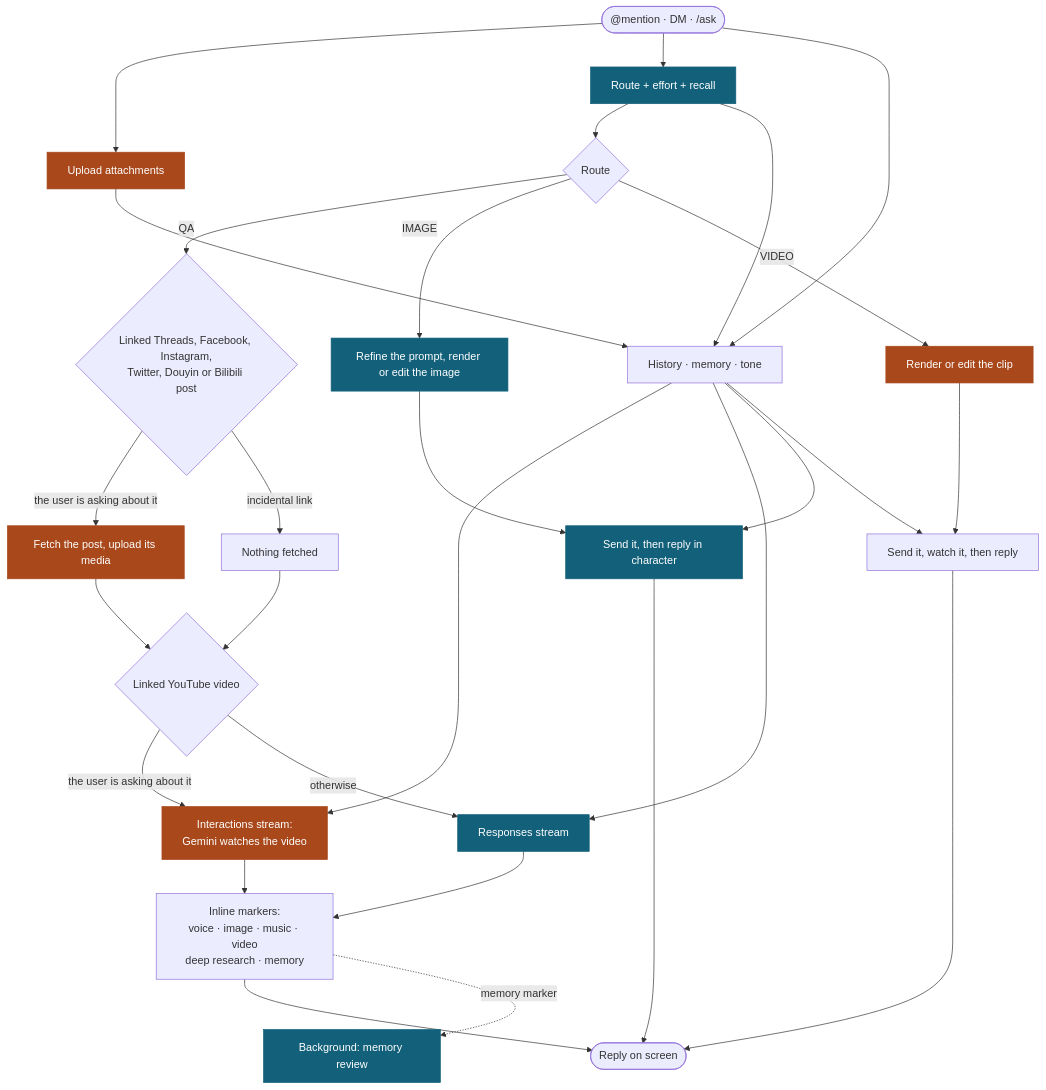
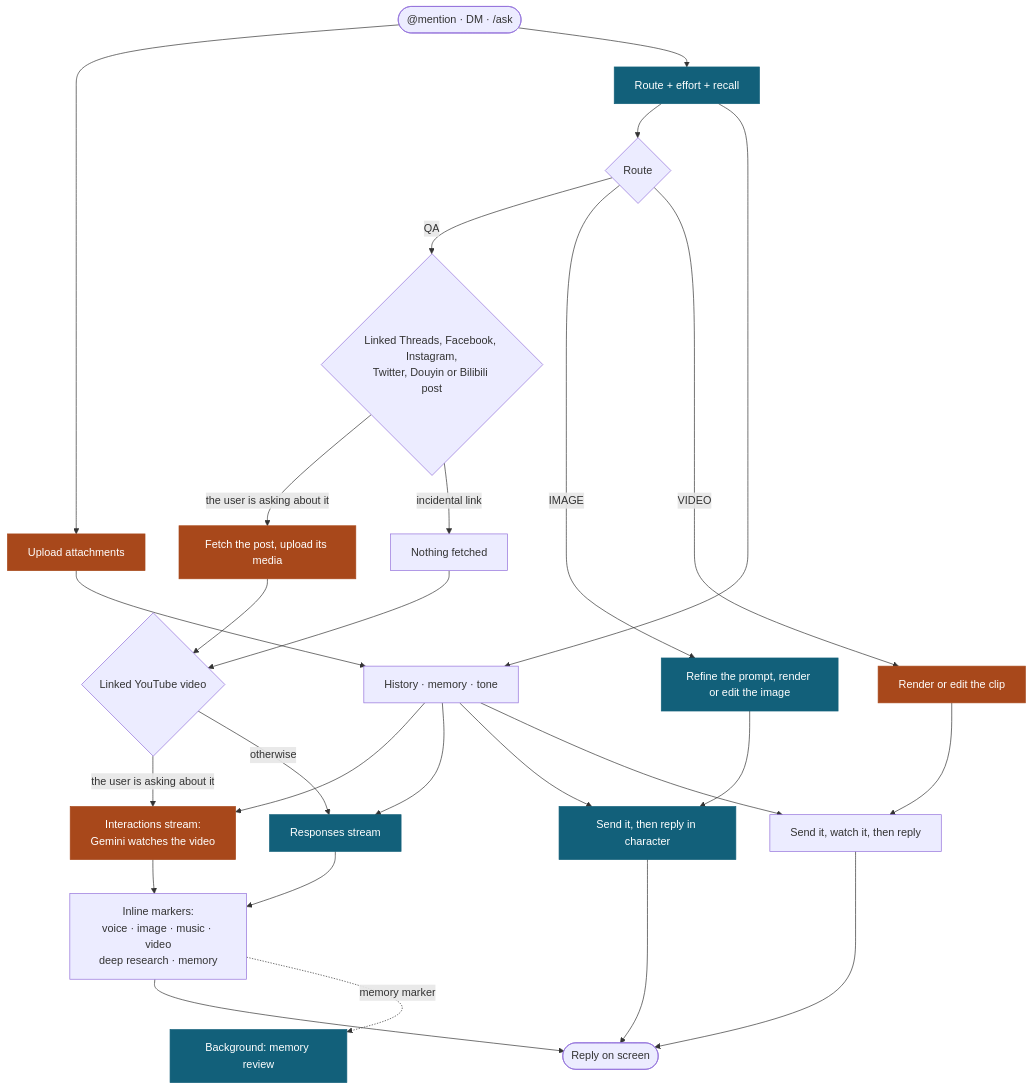
One commit to Mai0313/discordbot changed the diagram in README.md. Above: the diagram before and after it, drawn with Mermaid. The commit also changed 2 other files, not shown here.

Commit message:
docs(readme): let the reply context hang off the route and uploads in the diagram
The context build waits on both, so drawing it from them reads clearer and keeps the diagram's lines from crossing.

````diff
--- a/README.md
+++ b/README.md
@@ -43,34 +43,34 @@
 ```mermaid
 flowchart TD
-    U(["@mention · DM · /ask"]) --> UP & RT & CX
+    U(["@mention · DM · /ask"]) --> UP & RT
 
     UP["Upload attachments"]
     RT["Route + effort + recall"]
     CX["History · memory · tone"]
 
     RT --> R{"Route"}
     UP & RT --> CX --> YT & QS & I2 & V2
 
     R -->|QA| L{"Linked Threads, Facebook, Instagram,<br/>Twitter, Douyin or Bilibili post"}
     L -->|"the user is asking about it"| LF["Fetch the post, upload its media"]
     L -->|"incidental link"| LS["Nothing fetched"]
     LF & LS --> Y{"Linked YouTube video"}
     Y -->|"the user is asking about it"| YT["Interactions stream:<br/>Gemini watches the video"]
     Y -->|"otherwise"| QS["Responses stream"]
     YT & QS --> Q2["Inline markers:<br/>voice · image · music · video<br/>deep research · memory"]
 
     R -->|IMAGE| I1["Refine the prompt, render or edit the image"]
     I1 --> I2["Send it, then reply in character"]
     R -->|VIDEO| V1["Render or edit the clip"]
     V1 --> V2["Send it, watch it, then reply"]
 
     Q2 --> OUT(["Reply on screen"])
     I2 --> OUT
     V2 --> OUT
     Q2 -.->|"memory marker"| MM["Background: memory review"]
 
     classDef proxy fill:#12607a,stroke:#12607a,color:#ffffff
     classDef direct fill:#a8481b,stroke:#a8481b,color:#ffffff
     class RT,QS,I1,I2,MM proxy
     class UP,LF,YT,V1 direct
 ```
````
